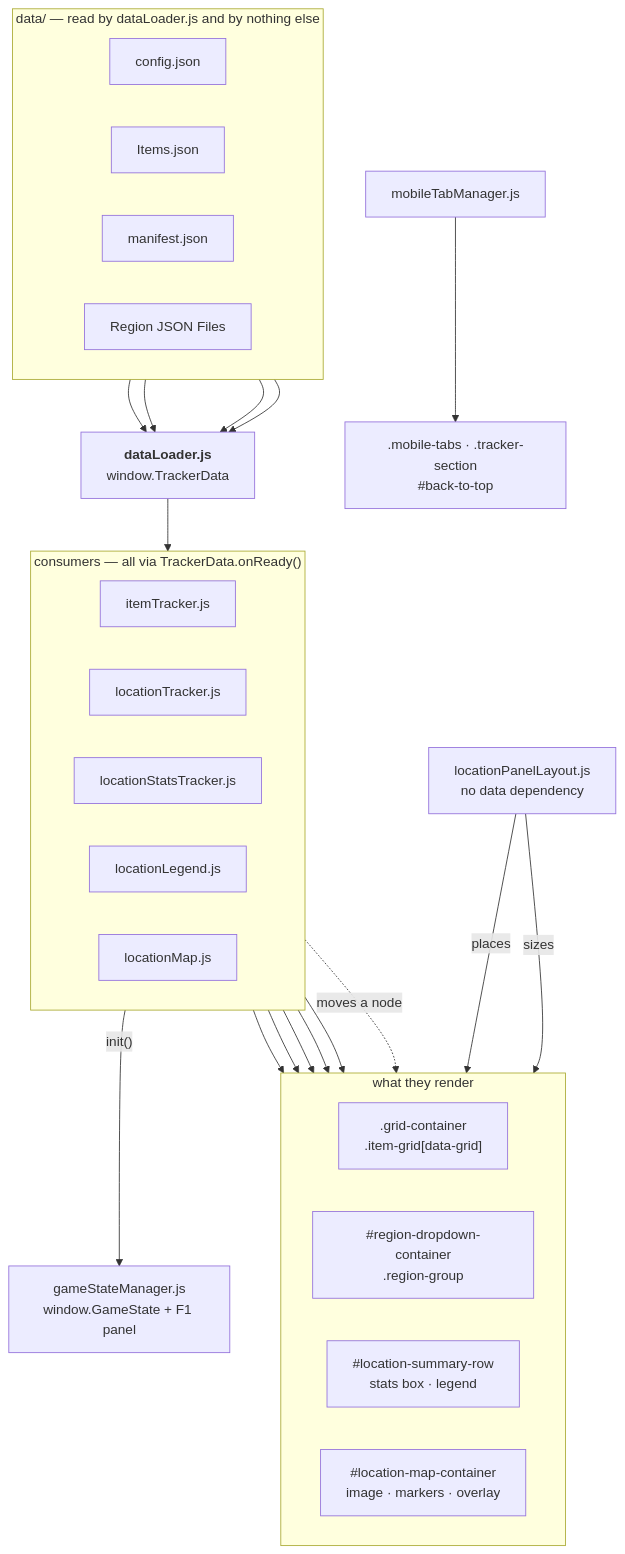
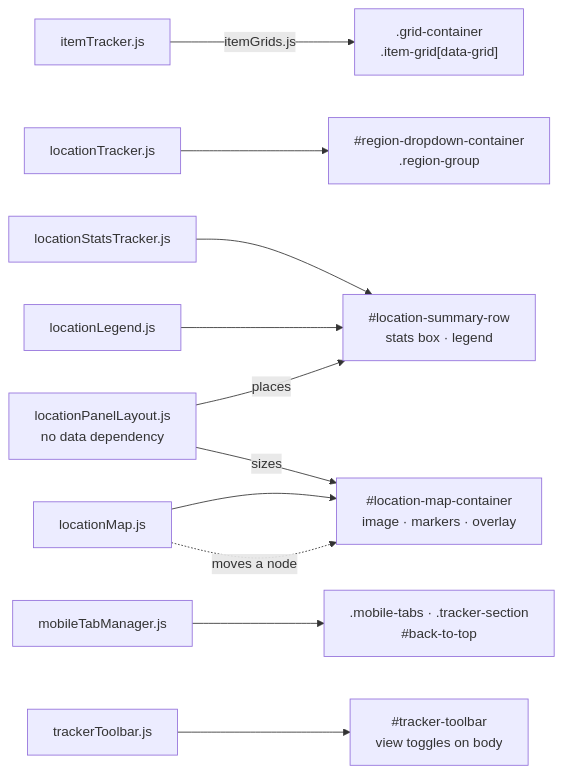
Before and after one commit to GonzaloJMora/mm3drTracker: the fourth of 15 diagrams in documentation/architecture-diagram.md, drawn with Mermaid. The commit also changed other lines of this file and 49 other files, not shown here.

````diff
--- a/documentation/architecture-diagram.md
+++ b/documentation/architecture-diagram.md
@@ -21,50 +110,30 @@
 ```mermaid
-flowchart TB
-    subgraph D["data/ — read by dataLoader.js and by nothing else"]
-        direction LR
-        CFG["config.json"]
-        ITM["Items.json"]
-        MAN["manifest.json"]
-        REG["Region JSON Files"]
-    end
+%%{init: {"flowchart": {"wrappingWidth": 280}}}%%
+flowchart LR
+    IT["itemTracker.js"]
+    LT["locationTracker.js"]
+    LST["locationStatsTracker.js"]
+    LEG["locationLegend.js"]
+    LPL["locationPanelLayout.js<br/>no data dependency"]
+    LM["locationMap.js"]
+    MTM["mobileTabManager.js"]
+    TB["trackerToolbar.js"]
 
-    DL["<b>dataLoader.js</b><br/>window.TrackerData"]
-    CFG --> DL
-    ITM --> DL
-    MAN --> DL
-    REG --> DL
+    G[".grid-container<br/>.item-grid[data-grid]"]
+    RDC["#region-dropdown-container<br/>.region-group"]
+    SB["#location-summary-row<br/>stats box · legend"]
+    MC["#location-map-container<br/>image · markers · overlay"]
+    TABS[".mobile-tabs · .tracker-section<br/>#back-to-top"]
+    HDR["#tracker-toolbar<br/>view toggles on body"]
 
-    subgraph CONS["consumers — all via TrackerData.onReady()"]
-        direction LR
-        IT["itemTracker.js"]
-        LT["locationTracker.js"]
-        LST["locationStatsTracker.js"]
-        LEG["locationLegend.js"]
-        LM["locationMap.js"]
-    end
-    DL --> CONS
-
-    subgraph DOM["what they render"]
-        direction LR
-        G[".grid-container<br/>.item-grid[data-grid]"]
-        RDC["#region-dropdown-container<br/>.region-group"]
-        SB["#location-summary-row<br/>stats box · legend"]
-        MC["#location-map-container<br/>image · markers · overlay"]
-    end
-
-    IT --> G
+    IT -- "itemGrids.js" --> G
     LT --> RDC
     LST --> SB
     LEG --> SB
-    LM --> MC
-
-    GSM["gameStateManager.js<br/>window.GameState + F1 panel"]
-    IT -- "init()" --> GSM
-
-    LPL["locationPanelLayout.js<br/>no data dependency"]
     LPL -- "places" --> SB
     LPL -- "sizes" --> MC
+    LM --> MC
     LM -. "moves a node" .-> MC
-
-    MTM["mobileTabManager.js"] --> TABS[".mobile-tabs · .tracker-section<br/>#back-to-top"]
+    MTM --> TABS
+    TB --> HDR
 ```
````
